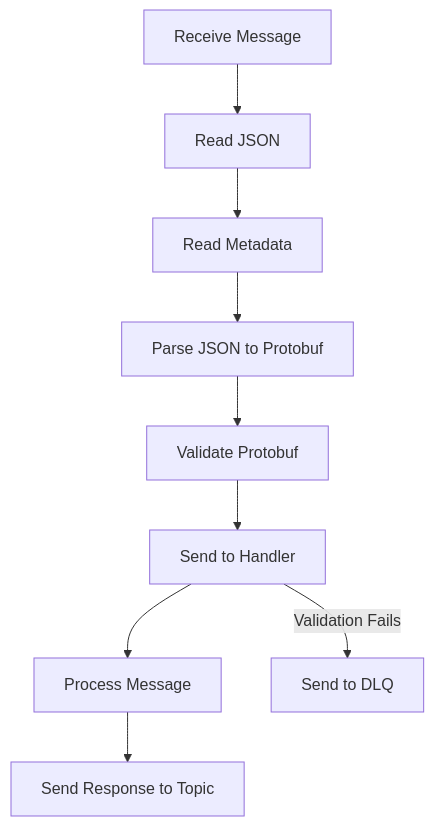
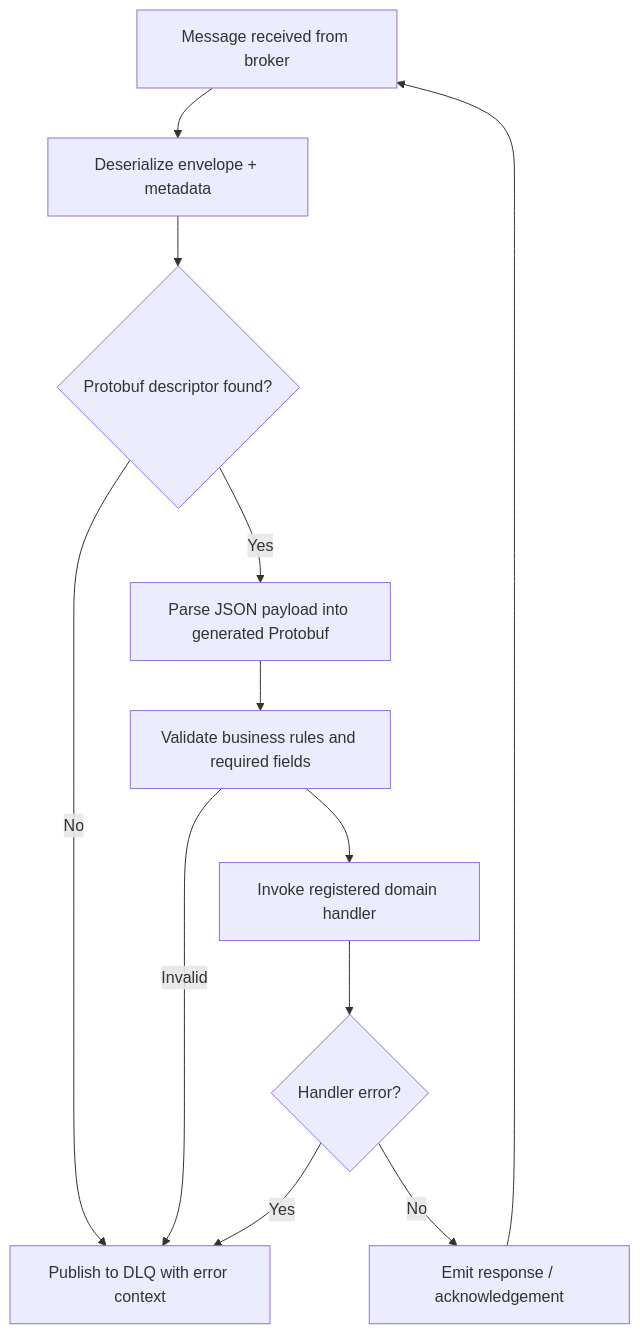
One commit to DrBlury/Event-Driven-Service-Example changed the diagram in docs/message_processing.md. Above: the diagram before and after it, drawn with Mermaid. The commit also changed other lines of this file and 5 other files, not shown here.

Commit message:
mermaid doc changes

````diff
--- a/docs/message_processing.md
+++ b/docs/message_processing.md
@@ -7,11 +7,14 @@
 ```mermaid
-graph TD
-    A[Receive Message] --> B[Read JSON]
-    B --> C[Read Metadata]
-    C --> D[Parse JSON to Protobuf]
-    D --> E[Validate Protobuf]
-    E --> F[Send to Handler]
-    F --> G[Process Message]
-    G --> H[Send Response to Topic]
-    F -->|Validation Fails| I[Send to DLQ]
+flowchart TD
+   Broker[Message received from broker] --> Envelope[Deserialize envelope + metadata]
+   Envelope --> Schema{Protobuf descriptor found?}
+   Schema -->|No| DLQ[Publish to DLQ with error context]
+   Schema -->|Yes| Decode[Parse JSON payload into generated Protobuf]
+   Decode --> Validate[Validate business rules and required fields]
+   Validate -->|Invalid| DLQ
+   Validate --> Handler[Invoke registered domain handler]
+   Handler --> Outcome{Handler error?}
+   Outcome -->|Yes| DLQ
+   Outcome -->|No| Response[Emit response / acknowledgement]
+   Response --> Broker
 ```
````
